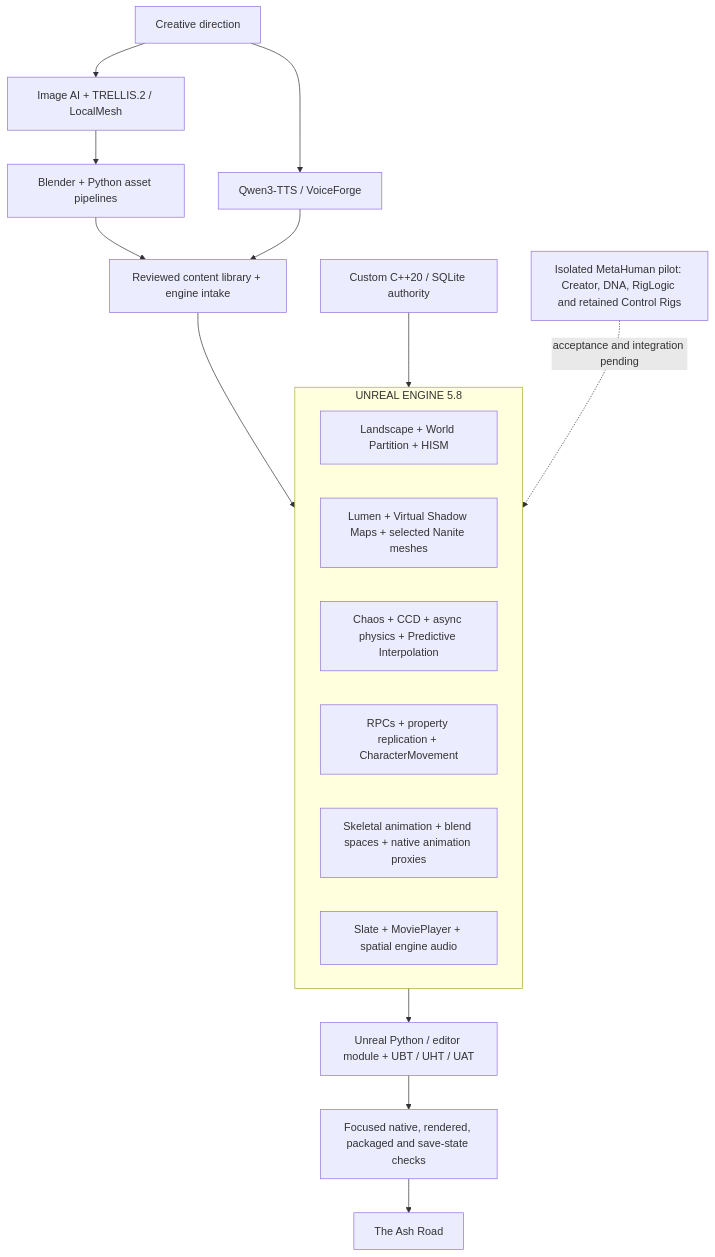
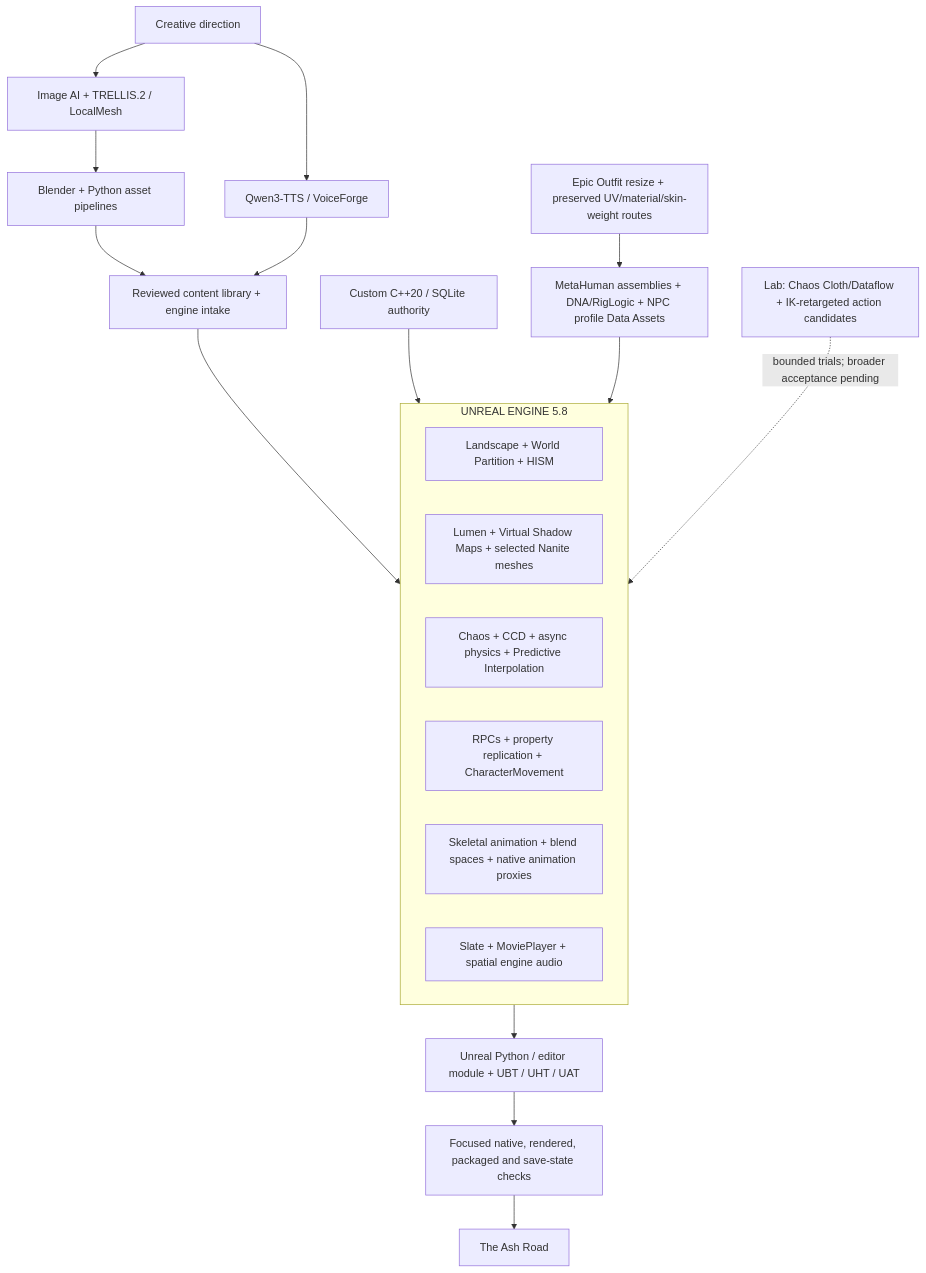
One commit to CA-The-destroyer/G-Ash_Road_ep1 changed the diagram in docs/diagrams/ash-road-system-design.md. Above: the diagram before and after it, drawn with Mermaid. The commit also changed other lines of this file and 4 other files, not shown here.

````diff
--- a/docs/diagrams/ash-road-system-design.md
+++ b/docs/diagrams/ash-road-system-design.md
@@ -5,22 +5,24 @@
 ```mermaid
 flowchart TB
     D["Creative direction"] --> A["Image AI + TRELLIS.2 / LocalMesh"]
     D --> V["Qwen3-TTS / VoiceForge"]
     A --> B["Blender + Python asset pipelines"]
     B --> L["Reviewed content library + engine intake"]
     V --> L
     L --> U
     subgraph U["UNREAL ENGINE 5.8"]
         W["Landscape + World Partition + HISM"]
         R["Lumen + Virtual Shadow Maps + selected Nanite meshes"]
         P["Chaos + CCD + async physics + Predictive Interpolation"]
         N["RPCs + property replication + CharacterMovement"]
         AN["Skeletal animation + blend spaces + native animation proxies"]
         UI["Slate + MoviePlayer + spatial engine audio"]
     end
     C["Custom C++20 / SQLite authority"] --> U
-    M["Isolated MetaHuman pilot: Creator, DNA, RigLogic and retained Control Rigs"] -. "acceptance and integration pending" .-> U
+    M["MetaHuman assemblies + DNA/RigLogic + NPC profile Data Assets"] --> U
+    O["Epic Outfit resize + preserved UV/material/skin-weight routes"] --> M
+    LAB["Lab: Chaos Cloth/Dataflow + IK-retargeted action candidates"] -. "bounded trials; broader acceptance pending" .-> U
     U --> E["Unreal Python / editor module + UBT / UHT / UAT"]
     E --> Q["Focused native, rendered, packaged and save-state checks"]
     Q --> G["The Ash Road"]
 ```
````
